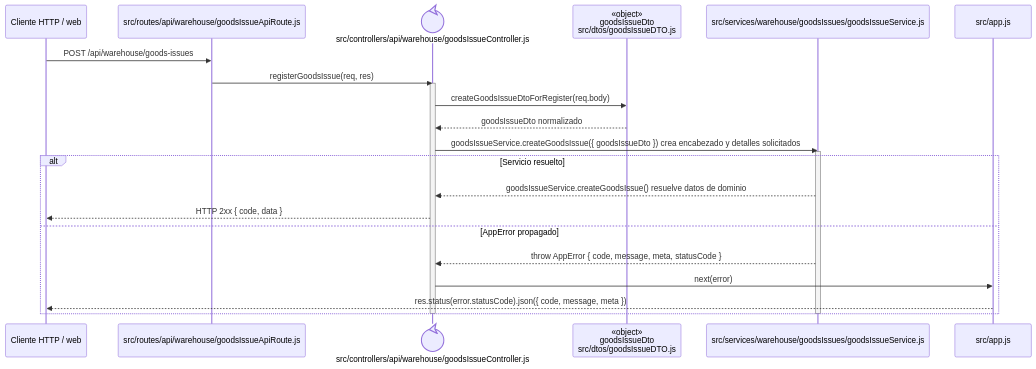
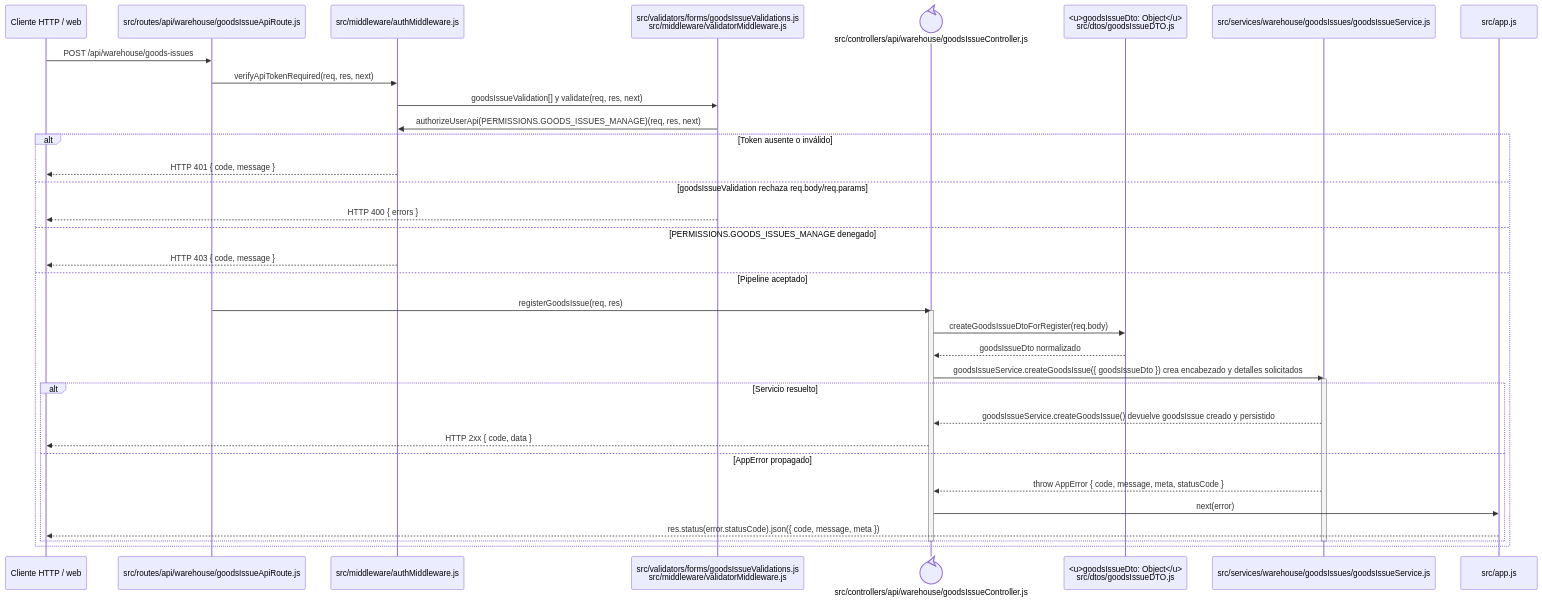
The diagram in docs/architecture/backend-code-sequences/issues/cu-sal-02.md (gpgsistemas01/nexus), drawn with Mermaid before and after one commit. The commit also changed 102 other files, not shown here.

````diff
--- a/docs/architecture/backend-code-sequences/issues/cu-sal-02.md
+++ b/docs/architecture/backend-code-sequences/issues/cu-sal-02.md
@@ -6,27 +6,40 @@
 ```mermaid
 sequenceDiagram
     participant Client as Cliente HTTP / web
     participant Route as src/routes/api/warehouse/goodsIssueApiRoute.js
+    participant Auth as src/middleware/authMiddleware.js
+    participant Validator as src/validators/forms/goodsIssueValidations.js<br/>src/middleware/validatorMiddleware.js
     participant Controller@{ "type": "control" } as src/controllers/api/warehouse/goodsIssueController.js
-    participant IssueDto as «object»<br/>goodsIssueDto<br/>src/dtos/goodsIssueDTO.js
+    participant IssueDto as <u>goodsIssueDto: Object</u><br/>src/dtos/goodsIssueDTO.js
     participant Domain as src/services/warehouse/goodsIssues/goodsIssueService.js
     participant ErrorHandler as src/app.js
 
     Client->>Route: POST /api/warehouse/goods-issues
-    Route->>Controller: registerGoodsIssue(req, res)
-    activate Controller
-    Controller->>IssueDto: createGoodsIssueDtoForRegister(req.body)
-    IssueDto-->>Controller: goodsIssueDto normalizado
-    Controller->>Domain: goodsIssueService.createGoodsIssue({ goodsIssueDto }) crea encabezado y detalles solicitados
-    activate Domain
-    alt Servicio resuelto
-        Domain-->>Controller: goodsIssueService.createGoodsIssue() resuelve datos de dominio
-        Controller-->>Client: HTTP 2xx { code, data }
-    else AppError propagado
-        Domain-->>Controller: throw AppError { code, message, meta, statusCode }
-        Controller->>ErrorHandler: next(error)
-        ErrorHandler-->>Client: res.status(error.statusCode).json({ code, message, meta })
+    Route->>Auth: verifyApiTokenRequired(req, res, next)
+    Auth->>Validator: goodsIssueValidation[] y validate(req, res, next)
+    Validator->>Auth: authorizeUserApi(PERMISSIONS.GOODS_ISSUES_MANAGE)(req, res, next)
+    alt Token ausente o inválido
+        Auth-->>Client: HTTP 401 { code, message }
+    else goodsIssueValidation rechaza req.body/req.params
+        Validator-->>Client: HTTP 400 { errors }
+    else PERMISSIONS.GOODS_ISSUES_MANAGE denegado
+        Auth-->>Client: HTTP 403 { code, message }
+    else Pipeline aceptado
+        Route->>Controller: registerGoodsIssue(req, res)
+        activate Controller
+        Controller->>IssueDto: createGoodsIssueDtoForRegister(req.body)
+        IssueDto-->>Controller: goodsIssueDto normalizado
+        Controller->>Domain: goodsIssueService.createGoodsIssue({ goodsIssueDto }) crea encabezado y detalles solicitados
+        activate Domain
+        alt Servicio resuelto
+            Domain-->>Controller: goodsIssueService.createGoodsIssue() devuelve goodsIssue creado y persistido
+            Controller-->>Client: HTTP 2xx { code, data }
+        else AppError propagado
+            Domain-->>Controller: throw AppError { code, message, meta, statusCode }
+            Controller->>ErrorHandler: next(error)
+            ErrorHandler-->>Client: res.status(error.statusCode).json({ code, message, meta })
+        end
+        deactivate Domain
+        deactivate Controller
     end
-    deactivate Domain
-    deactivate Controller
 ```
````
